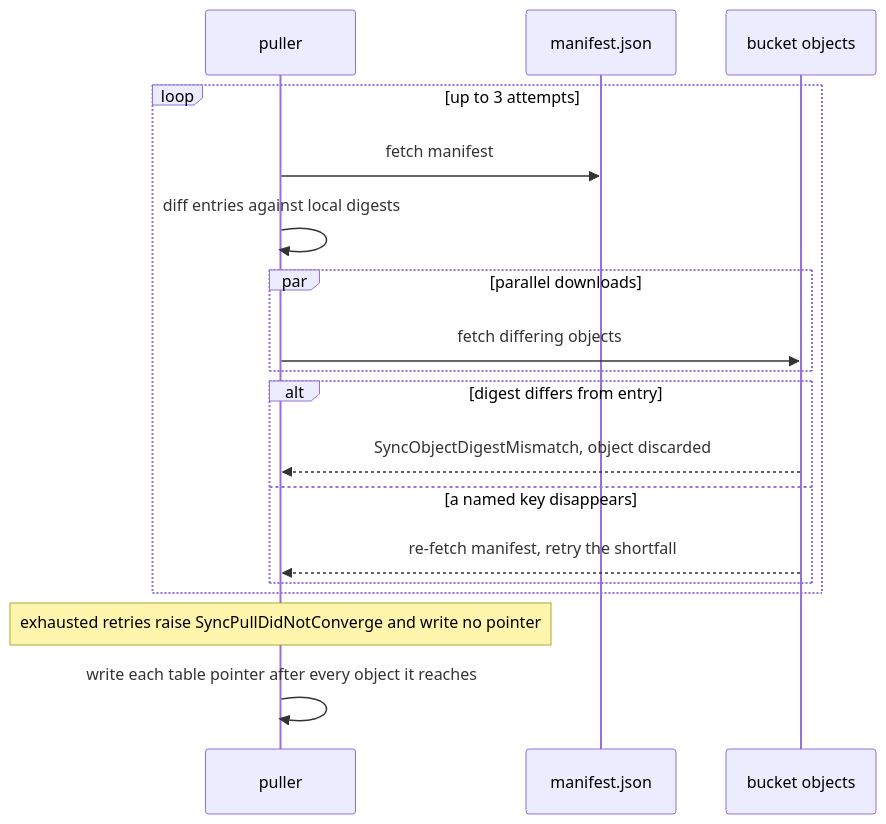
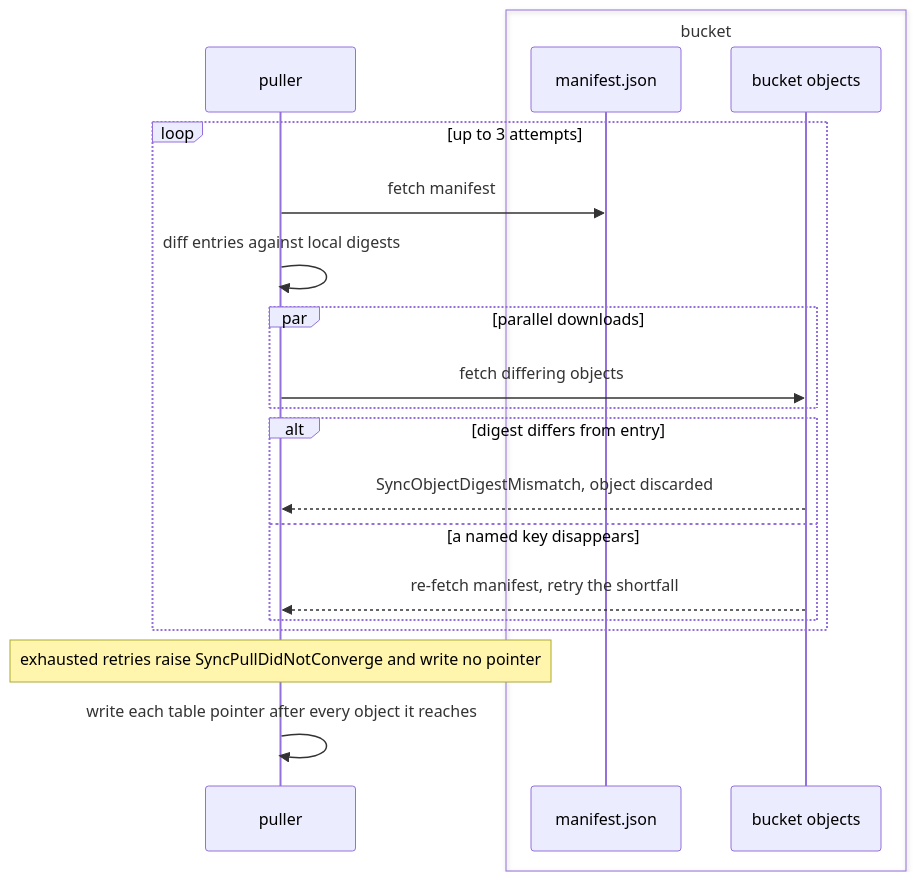
One commit to fractalboxdev/contextful changed the fourth of 5 diagrams in spec/10-store.md. Above: the diagram before and after it, drawn with Mermaid. The commit also changed other lines of this file and 33 other files, not shown here.

Commit message:
spec: diagrams draw contracts, parties and trust zones as containers; a node standing for one is refused

````diff
--- a/spec/10-store.md
+++ b/spec/10-store.md
@@ -339,21 +355,23 @@
 ```mermaid
 sequenceDiagram
   participant P as puller
-  participant M as manifest.json
-  participant B as bucket objects
+  box bucket
+    participant M as manifest.json
+    participant B as bucket objects
+  end
 
   loop up to 3 attempts
     P->>M: fetch manifest
     P->>P: diff entries against local digests
     par parallel downloads
       P->>B: fetch differing objects
     end
     alt digest differs from entry
       B-->>P: SyncObjectDigestMismatch, object discarded
     else a named key disappears
       B-->>P: re-fetch manifest, retry the shortfall
     end
   end
   Note over P: exhausted retries raise SyncPullDidNotConverge and write no pointer
   P->>P: write each table pointer after every object it reaches
 ```
````
